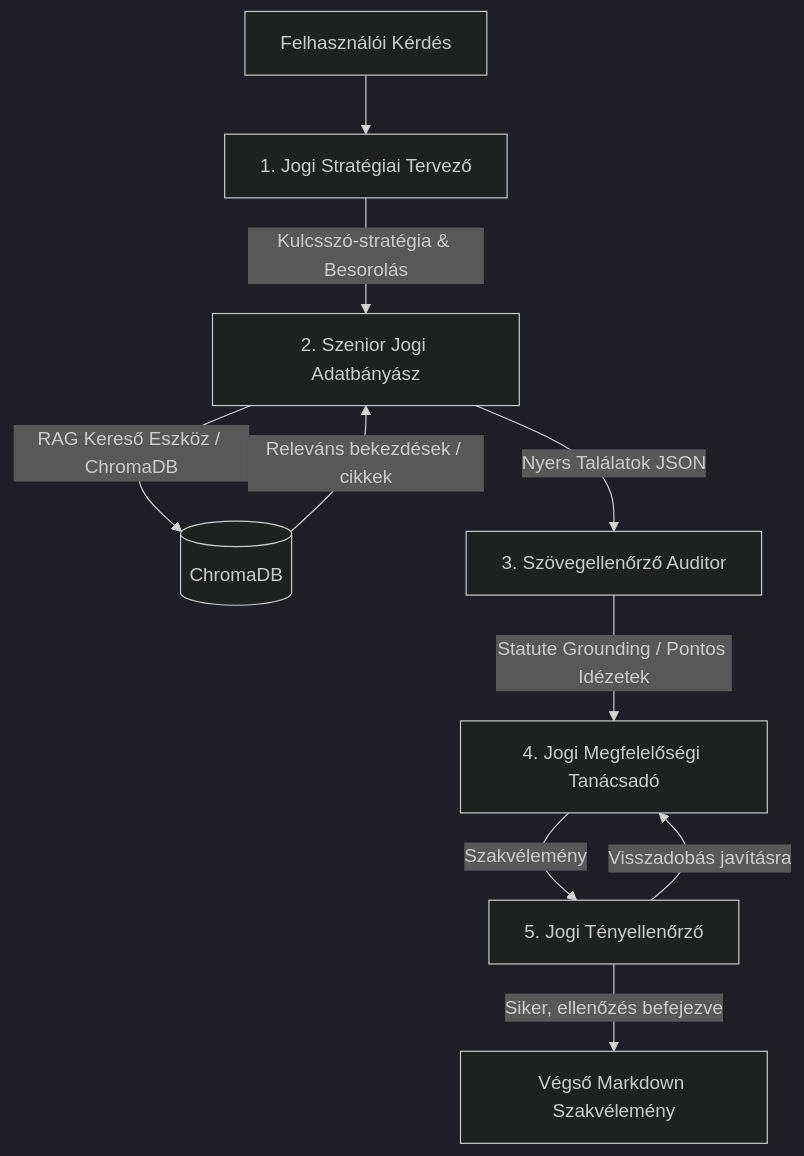
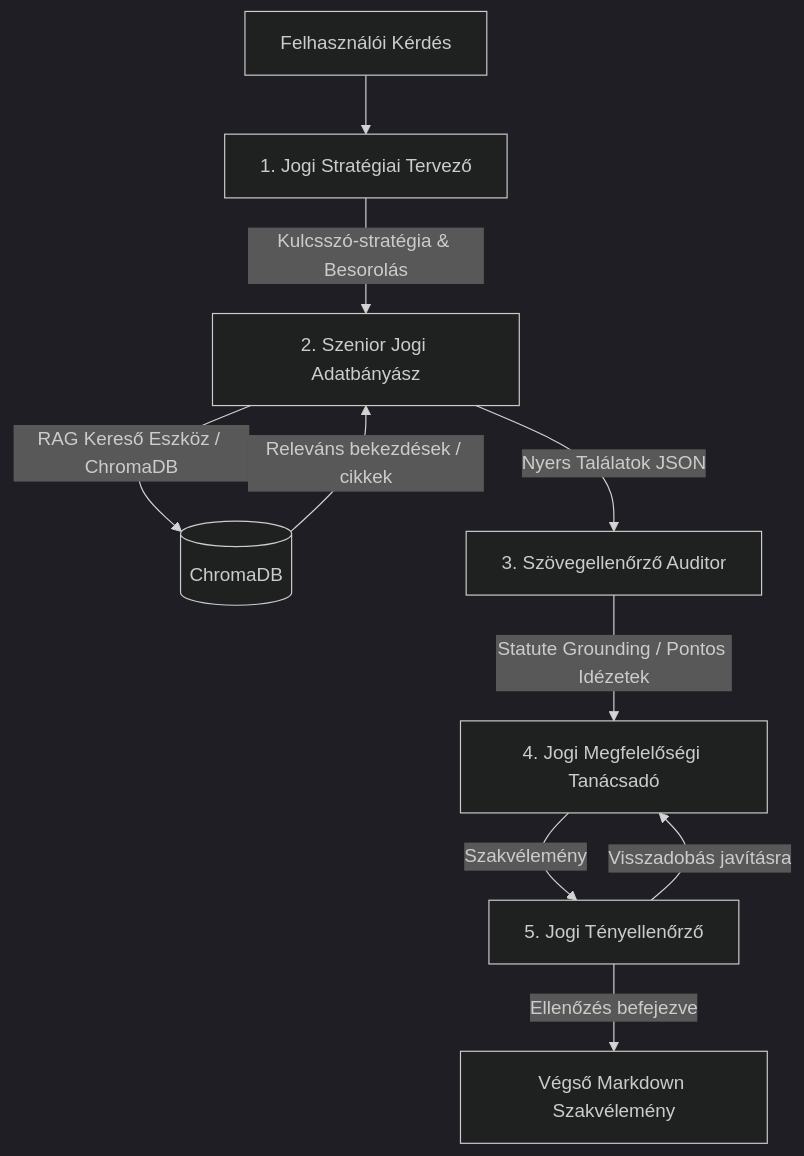
Before and after one commit to LeventeTasy/jogi-agent-rag: the diagram in README.md, drawn with Mermaid (dark theme).

````diff
--- a/README.md
+++ b/README.md
@@ -22,12 +22,12 @@
 ```mermaid
 graph TD
     Question[Felhasználói Kérdés] --> Strategist[1. Jogi Stratégiai Tervező]
     Strategist --> |Kulcsszó-stratégia & Besorolás| Researcher[2. Szenior Jogi Adatbányász]
     Researcher --> |RAG Kereső Eszköz / ChromaDB| VectorDB[(ChromaDB)]
     VectorDB --> |Releváns bekezdések / cikkek| Researcher
     Researcher --> |Nyers Találatok JSON| Verifier[3. Szövegellenőrző Auditor]
     Verifier --> |Statute Grounding / Pontos Idézetek| Advisor[4. Jogi Megfelelőségi Tanácsadó]
     Advisor --> |Szakvélemény| FactChecker[5. Jogi Tényellenőrző]
     FactChecker --> |"Visszadobás javításra"| Advisor
-    FactChecker --> |"Siker, ellenőzés befejezve"| FinalReport[Végső Markdown Szakvélemény]
+    FactChecker --> |"Ellenőzés befejezve"| FinalReport[Végső Markdown Szakvélemény]
 ```
````
